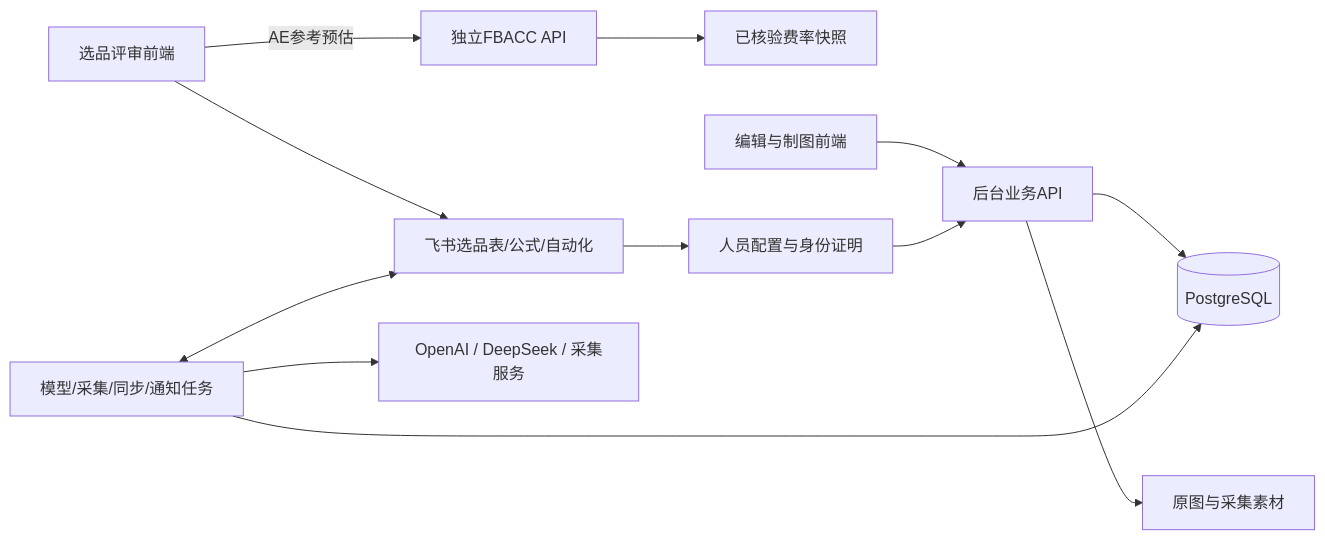
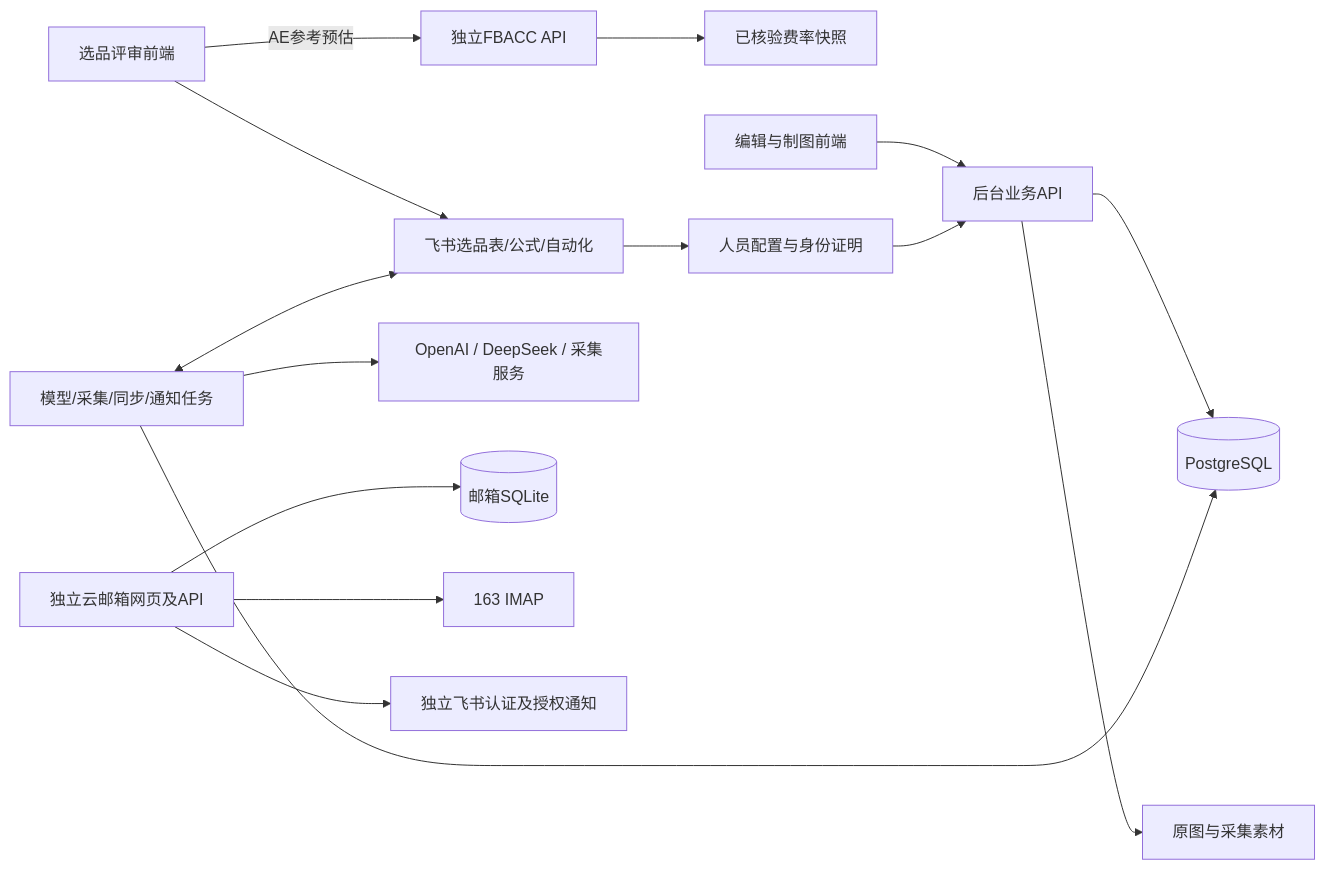
Before and after one commit to wrangler1024/amazon-sku-workbench: the diagram in docs/architecture.md, drawn with Mermaid. The commit also changed other lines of this file and 80 other files, not shown here.

````diff
--- a/docs/architecture.md
+++ b/docs/architecture.md
@@ -18,14 +19,17 @@
 ```mermaid
 flowchart LR
   Review[选品评审前端] --> Base[飞书选品表/公式/自动化]
   Review -->|AE参考预估| FBACC[独立FBACC API]
   FBACC --> Rates[已核验费率快照]
   Editor[编辑与制图前端] --> API[后台业务API]
   API --> DB[(PostgreSQL)]
   API --> Assets[原图与采集素材]
   Workers[模型/采集/同步/通知任务] --> DB
   Workers --> Providers[OpenAI / DeepSeek / 采集服务]
   Workers <--> Base
   Base --> Identity[人员配置与身份证明]
   Identity --> API
+  Mail[独立云邮箱网页及API] --> MailDB[(邮箱SQLite)]
+  Mail --> IMAP[163 IMAP]
+  Mail --> MailIdentity[独立飞书认证及授权通知]
 ```
````
